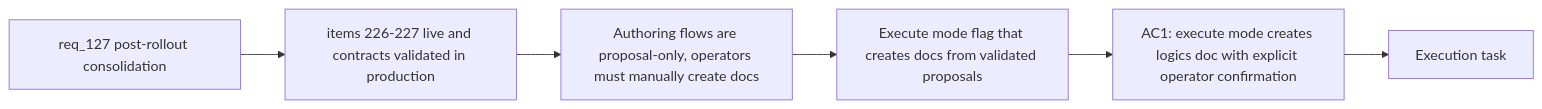
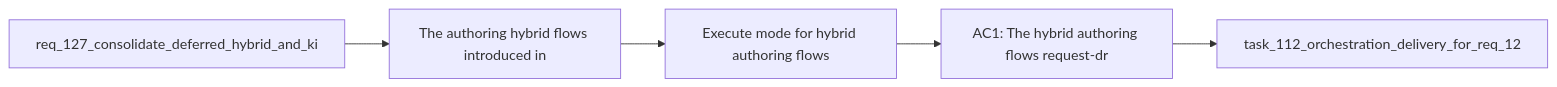
One commit to AlexAgo83/logics-manager changed the diagram in logics/backlog/item_233_execute_mode_for_hybrid_authoring_flows_request_draft_spec_first_pass_backlog_groom.md. Above: the diagram before and after it, drawn with Mermaid. The commit also changed other lines of this file and 481 other files, not shown here.

````diff
--- a/logics/backlog/item_233_execute_mode_for_hybrid_authoring_flows_request_draft_spec_first_pass_backlog_groom.md
+++ b/logics/backlog/item_233_execute_mode_for_hybrid_authoring_flows_request_draft_spec_first_pass_backlog_groom.md
@@ -24,10 +24,9 @@
 ```mermaid
 %% logics-kind: backlog
 %% logics-signature: backlog|execute-mode-for-hybrid-authoring-flows-|req-127-consolidate-deferred-hybrid-and-|the-authoring-hybrid-flows-introduced-in|ac1-the-hybrid-authoring-flows-request-d
 flowchart LR
-    Request[req_127 post-rollout consolidation] --> Prerequisite[items 226-227 live and contracts validated in production]
-    Prerequisite --> Problem[Authoring flows are proposal-only, operators must manually create docs]
-    Problem --> Scope[Execute mode flag that creates docs from validated proposals]
-    Scope --> AC1[AC1: execute mode creates logics doc with explicit operator confirmation]
-    AC1 --> Tasks[Execution task]
+    Request[req_127_consolidate_deferred_hybrid_and_ki] --> Problem[The authoring hybrid flows introduced in]
+    Problem --> Scope[Execute mode for hybrid authoring flows]
+    Scope --> Acceptance[AC1: The hybrid authoring flows request-dr]
+    Acceptance --> Tasks[task_112_orchestration_delivery_for_req_12]
 ```
````
